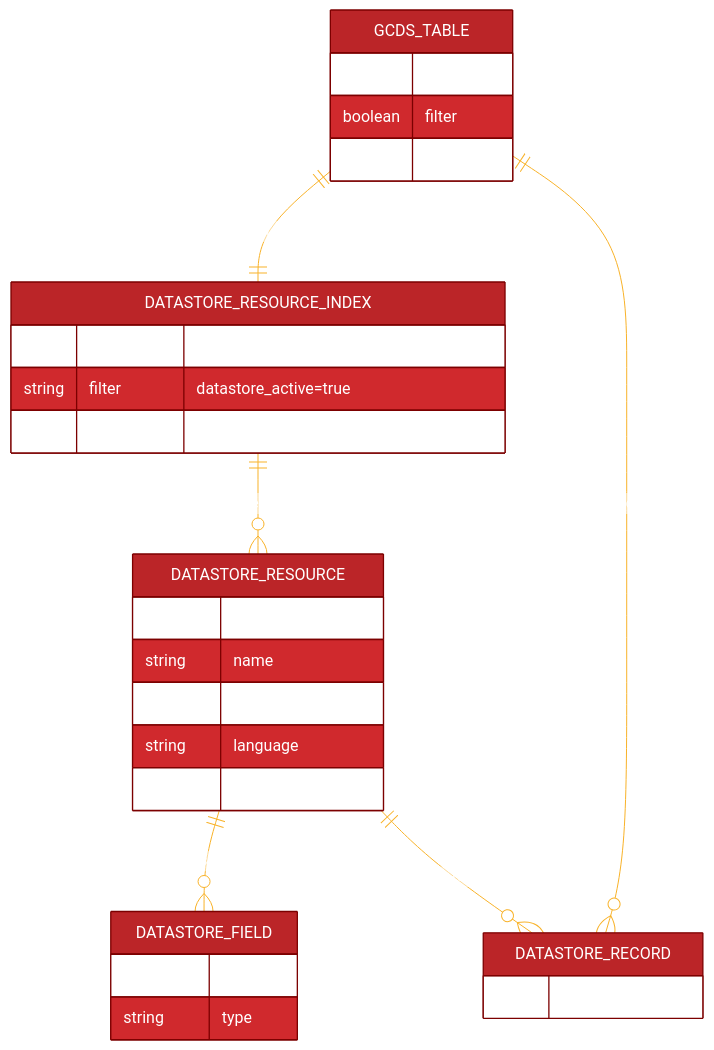
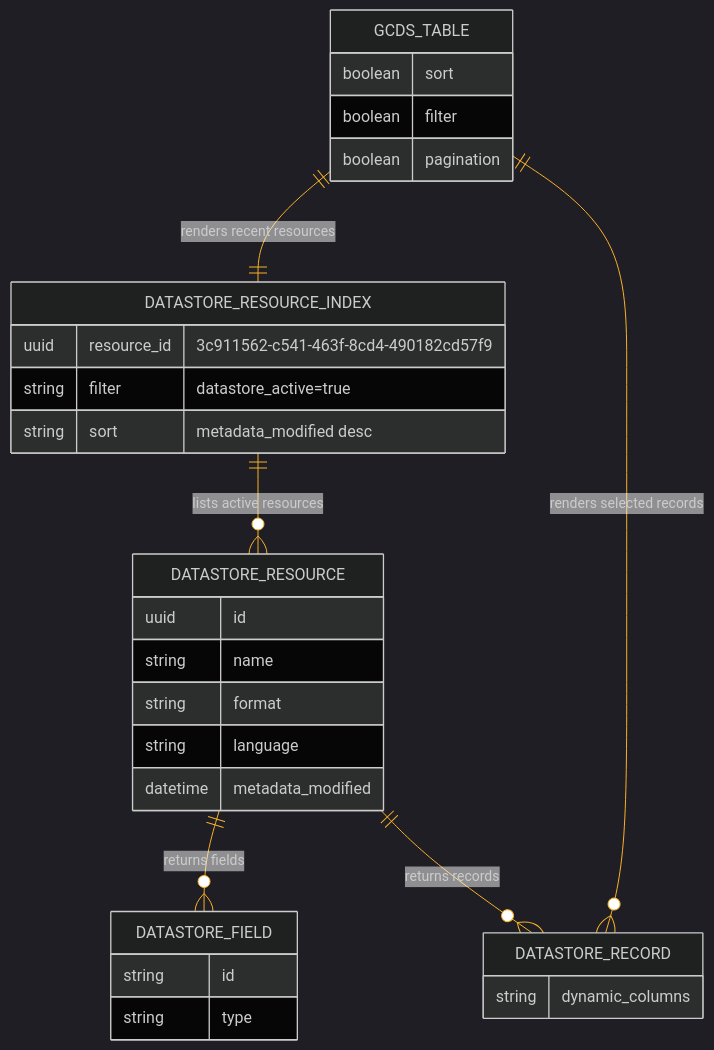
One commit to PatLittle/PatLittle.github.io changed the first of 3 diagrams in _posts/2026-06-16-OpenDataForDataProducts.md. Above: the diagram before and after it, drawn with Mermaid. The commit also changed other lines of this file, not shown here.

````diff
--- a/_posts/2026-06-16-OpenDataForDataProducts.md
+++ b/_posts/2026-06-16-OpenDataForDataProducts.md
@@ -82,44 +82,44 @@
 ```mermaid
 ---
 config:
-  theme: 'base'
+  theme: 'dark'
   themeVariables:
     primaryColor: '#BB2528'
     primaryTextColor: '#fff'
     primaryBorderColor: '#7C0000'
     lineColor: '#F8B229'
     secondaryColor: '#006100'
     tertiaryColor: '#fff'
 ---
 erDiagram
     DATASTORE_RESOURCE_INDEX ||--o{ DATASTORE_RESOURCE : "lists active resources"
     DATASTORE_RESOURCE ||--o{ DATASTORE_FIELD : "returns fields"
     DATASTORE_RESOURCE ||--o{ DATASTORE_RECORD : "returns records"
     GCDS_TABLE ||--|| DATASTORE_RESOURCE_INDEX : "renders recent resources"
     GCDS_TABLE ||--o{ DATASTORE_RECORD : "renders selected records"
 
     DATASTORE_RESOURCE_INDEX {
       uuid resource_id "3c911562-c541-463f-8cd4-490182cd57f9"
       string filter "datastore_active=true"
       string sort "metadata_modified desc"
     }
     DATASTORE_RESOURCE {
       uuid id
       string name
       string format
       string language
       datetime metadata_modified
     }
     DATASTORE_FIELD {
       string id
       string type
     }
     DATASTORE_RECORD {
       string dynamic_columns
     }
     GCDS_TABLE {
       boolean sort
       boolean filter
       boolean pagination
     }
 ```
````
